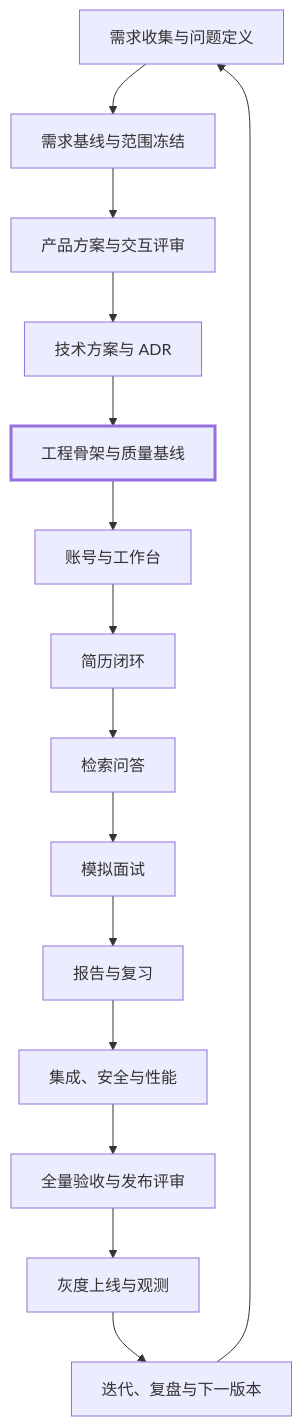
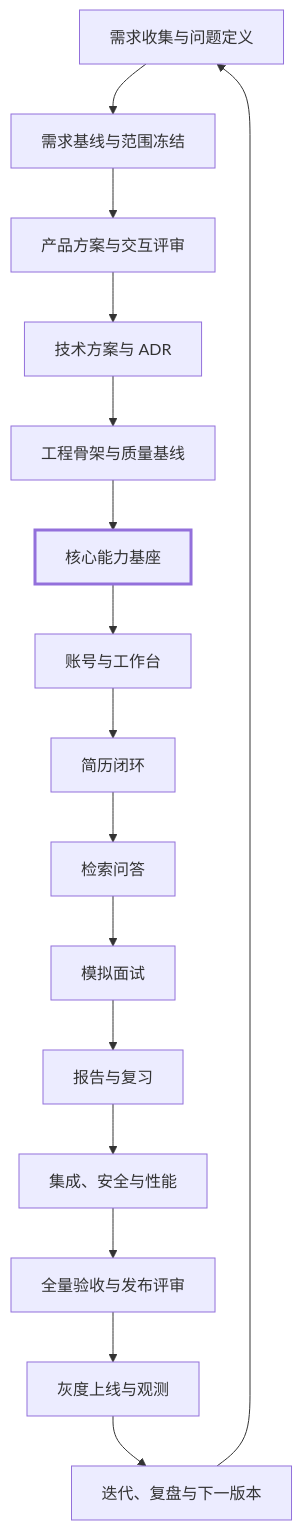
The diagram in docs/development-flow.md (Rainloury/technical-interview-agent), drawn with Mermaid before and after one commit. The commit also changed other lines of this file and 48 other files, not shown here.

````diff
--- a/docs/development-flow.md
+++ b/docs/development-flow.md
@@ -43,20 +43,21 @@
 ```mermaid
 flowchart TD
     A["需求收集与问题定义"] --> B["需求基线与范围冻结"]
     B --> C["产品方案与交互评审"]
     C --> D["技术方案与 ADR"]
     D --> E["工程骨架与质量基线"]
-    E --> F["账号与工作台"]
-    F --> G["简历闭环"]
-    G --> H["检索问答"]
-    H --> I["模拟面试"]
-    I --> J["报告与复习"]
-    J --> K["集成、安全与性能"]
-    K --> L["全量验收与发布评审"]
-    L --> M["灰度上线与观测"]
-    M --> N["迭代、复盘与下一版本"]
-    N --> A
+    E --> F["核心能力基座"]
+    F --> G["账号与工作台"]
+    G --> H["简历闭环"]
+    H --> I["检索问答"]
+    I --> J["模拟面试"]
+    J --> K["报告与复习"]
+    K --> L["集成、安全与性能"]
+    L --> M["全量验收与发布评审"]
+    M --> N["灰度上线与观测"]
+    N --> O["迭代、复盘与下一版本"]
+    O --> A
 
     classDef current stroke-width:3px;
-    class E current;
+    class F current;
 ```
````
